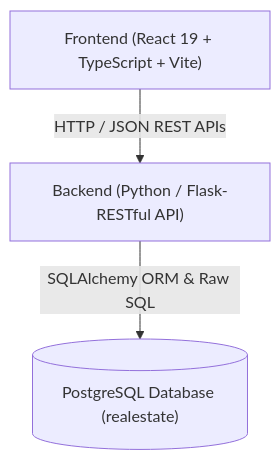
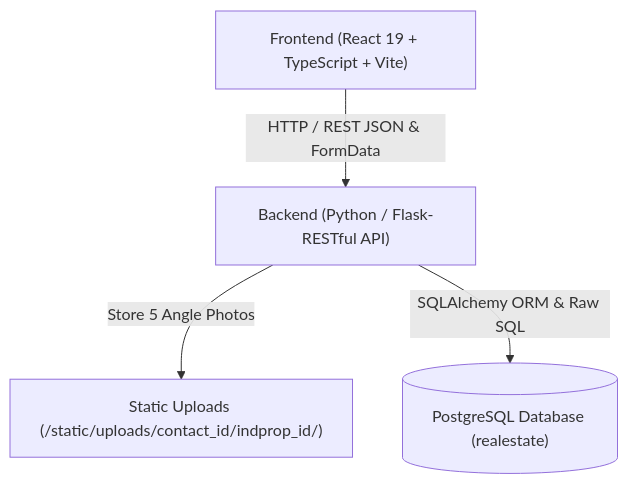
The second of 3 diagrams in README.md (Anantbhardwaj2003/ProjectRE), drawn with Mermaid before and after one commit. The commit also changed other lines of this file, not shown here.

Commit message:
docs: update README with multi-tier verification workflow and architecture details

````diff
--- a/README.md
+++ b/README.md
@@ -58,9 +127,11 @@
 ```mermaid
 graph TD
     Client["Frontend (React 19 + TypeScript + Vite)"]
     API["Backend (Python / Flask-RESTful API)"]
+    Uploads["Static Uploads (/static/uploads/contact_id/indprop_id/)"]
     DB[("PostgreSQL Database (realestate)")]
 
-    Client -- "HTTP / JSON REST APIs" --> API
+    Client -- "HTTP / REST JSON & FormData" --> API
+    API -- "Store 5 Angle Photos" --> Uploads
     API -- "SQLAlchemy ORM & Raw SQL" --> DB
 ```
````
